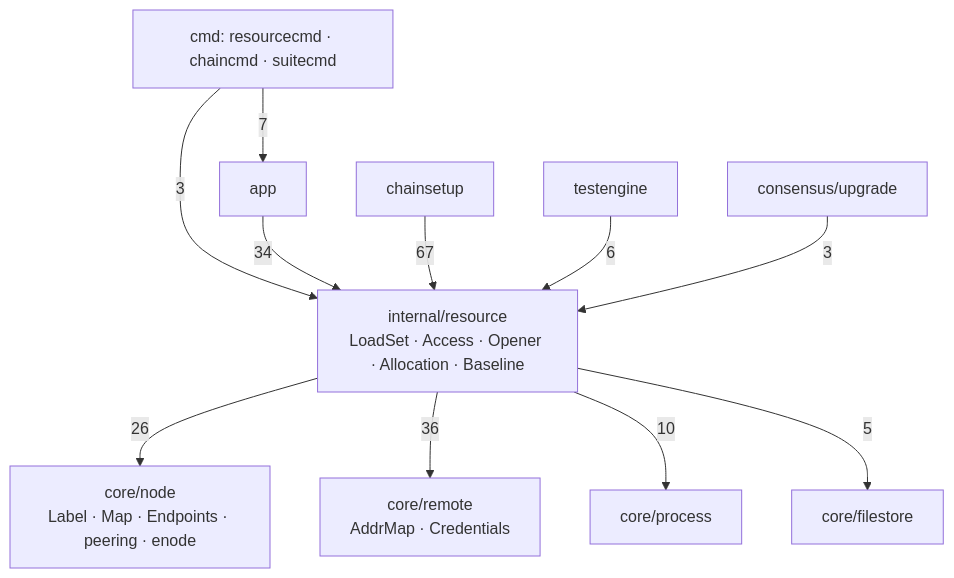
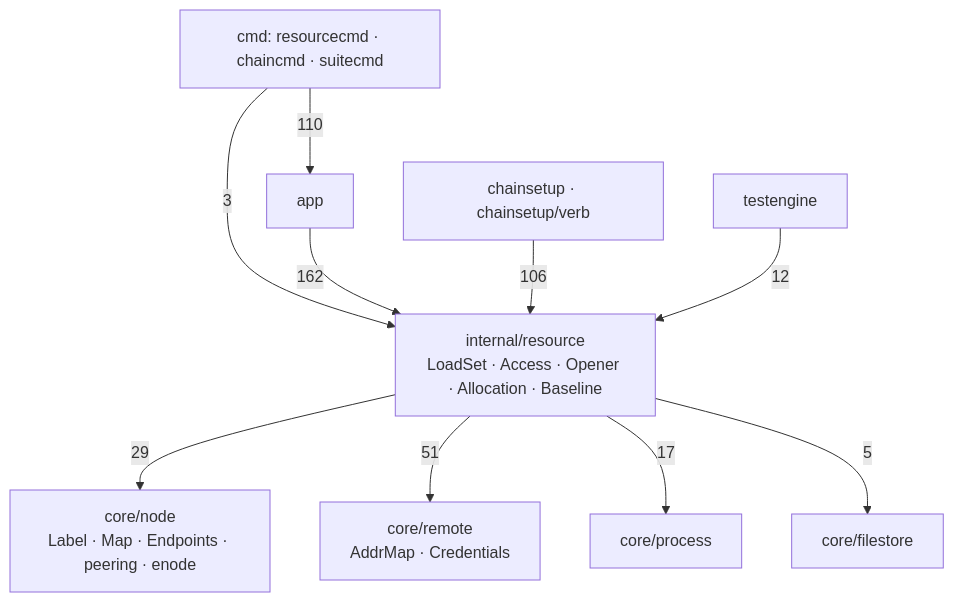
Before and after one commit to 0xmhha/chainbench: the second of 2 diagrams in docs/dev/architecture/code-graph.md, drawn with Mermaid. The commit also changed other lines of this file and 23 other files, not shown here.

First line of the commit message:
docs: reconcile current-state docs with the AST code graph (#457)

````diff
--- a/docs/dev/architecture/code-graph.md
+++ b/docs/dev/architecture/code-graph.md
@@ -114,24 +118,22 @@
 ```mermaid
 flowchart TD
     cmd[cmd: resourcecmd · chaincmd · suitecmd]
     app[app]
-    setup[chainsetup]
+    setup[chainsetup · chainsetup/verb]
     engine[testengine]
-    upg[consensus/upgrade]
     res[internal/resource<br/>LoadSet · Access · Opener · Allocation · Baseline]
     nd[core/node<br/>Label · Map · Endpoints · peering · enode]
     proc[core/process]
     rem[core/remote<br/>AddrMap · Credentials]
     fs[core/filestore]
 
     cmd -->|3| res
-    cmd -->|7| app
-    app -->|34| res
-    setup -->|67| res
-    engine -->|6| res
-    upg -->|3| res
-    res -->|26| nd
-    res -->|36| rem
-    res -->|10| proc
+    cmd -->|110| app
+    app -->|162| res
+    setup -->|106| res
+    engine -->|12| res
+    res -->|29| nd
+    res -->|51| rem
+    res -->|17| proc
     res -->|5| fs
 ```
````
